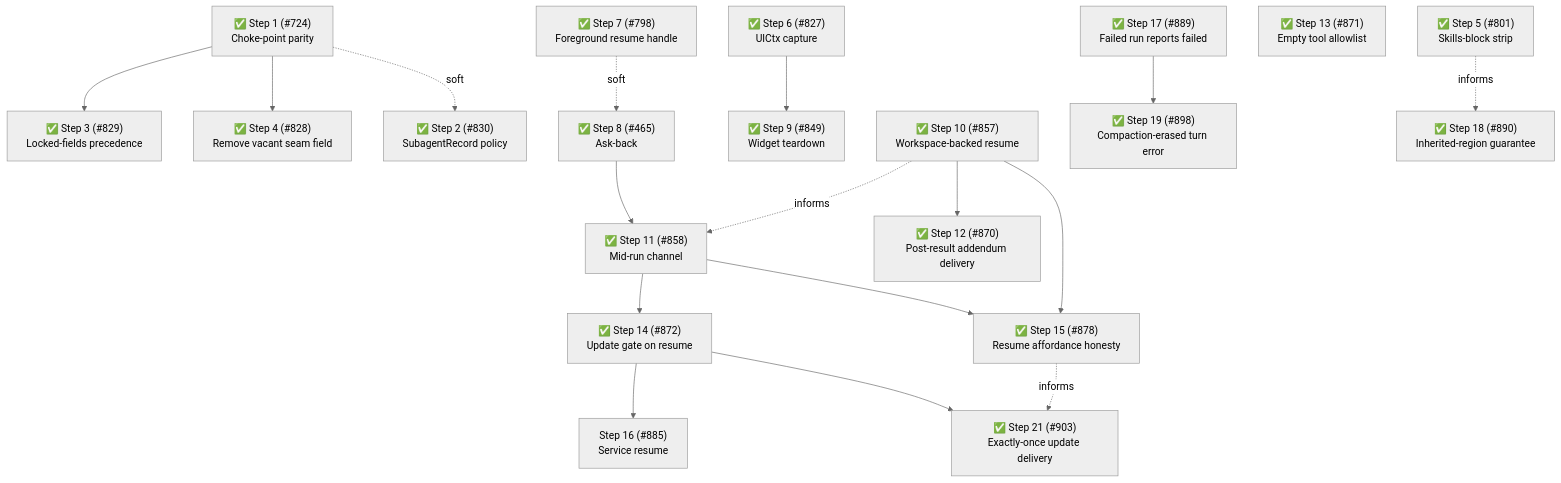
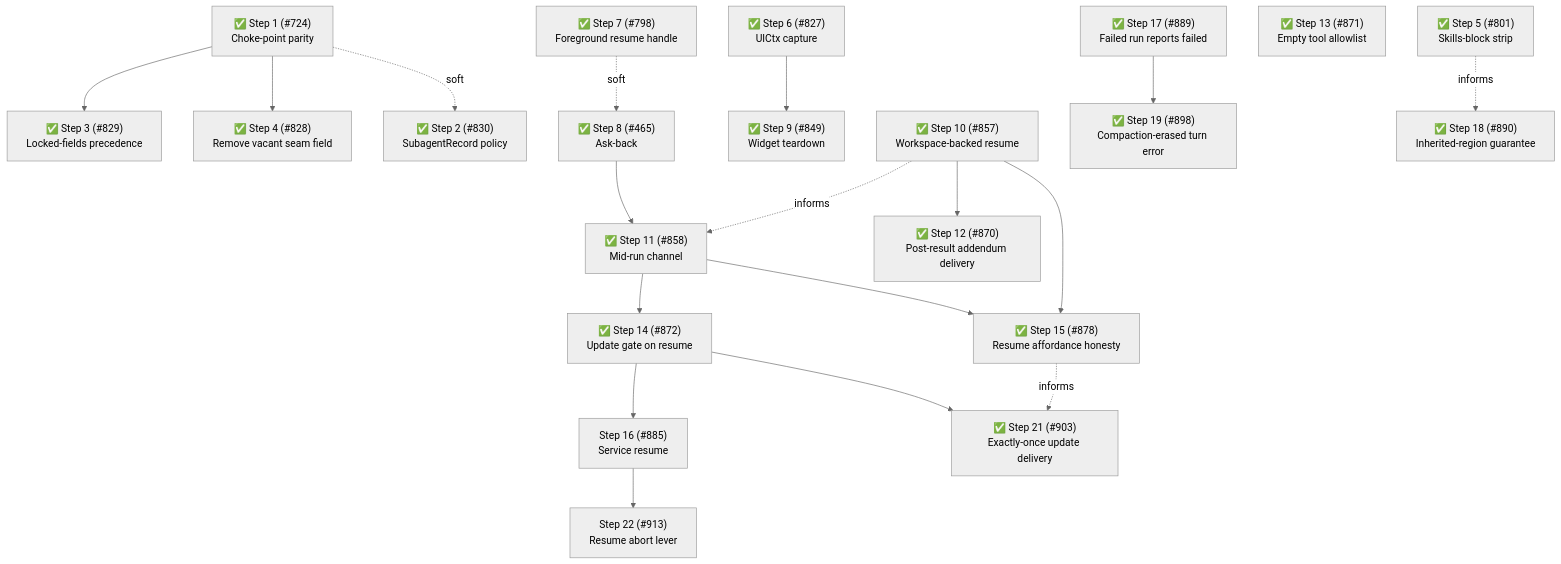
Before and after one commit to gotgenes/pi-packages: the sixth of 6 diagrams in packages/pi-subagents/docs/architecture/architecture.md, drawn with Mermaid (neutral theme). The commit also changed other lines of this file, not shown here.

````diff
--- a/packages/pi-subagents/docs/architecture/architecture.md
+++ b/packages/pi-subagents/docs/architecture/architecture.md
@@ -1337,21 +1359,22 @@
 ```mermaid
 flowchart TD
     S1["✅ Step 1 (#724)<br/>Choke-point parity"] --> S3["✅ Step 3 (#829)<br/>Locked-fields precedence"]
     S1 --> S4["✅ Step 4 (#828)<br/>Remove vacant seam field"]
     S1 -.soft.-> S2["✅ Step 2 (#830)<br/>SubagentRecord policy"]
     S7["✅ Step 7 (#798)<br/>Foreground resume handle"] -.soft.-> S8["✅ Step 8 (#465)<br/>Ask-back"]
     S5["✅ Step 5 (#801)<br/>Skills-block strip"]
     S6["✅ Step 6 (#827)<br/>UICtx capture"] --> S9["✅ Step 9 (#849)<br/>Widget teardown"]
     S8 --> S11["✅ Step 11 (#858)<br/>Mid-run channel"]
     S10["✅ Step 10 (#857)<br/>Workspace-backed resume"] -.informs.-> S11
     S10 --> S12["✅ Step 12 (#870)<br/>Post-result addendum delivery"]
     S11 --> S14["✅ Step 14 (#872)<br/>Update gate on resume"]
     S13["✅ Step 13 (#871)<br/>Empty tool allowlist"]
     S10 --> S15["✅ Step 15 (#878)<br/>Resume affordance honesty"]
     S11 --> S15
     S14 --> S16["Step 16 (#885)<br/>Service resume"]
     S17["✅ Step 17 (#889)<br/>Failed run reports failed"] --> S19["✅ Step 19 (#898)<br/>Compaction-erased turn error"]
     S5 -.informs.-> S18["✅ Step 18 (#890)<br/>Inherited-region guarantee"]
+    S16 --> S22["Step 22 (#913)<br/>Resume abort lever"]
     S14 --> S21["✅ Step 21 (#903)<br/>Exactly-once update delivery"]
     S15 -.informs.-> S21
 ```
````
